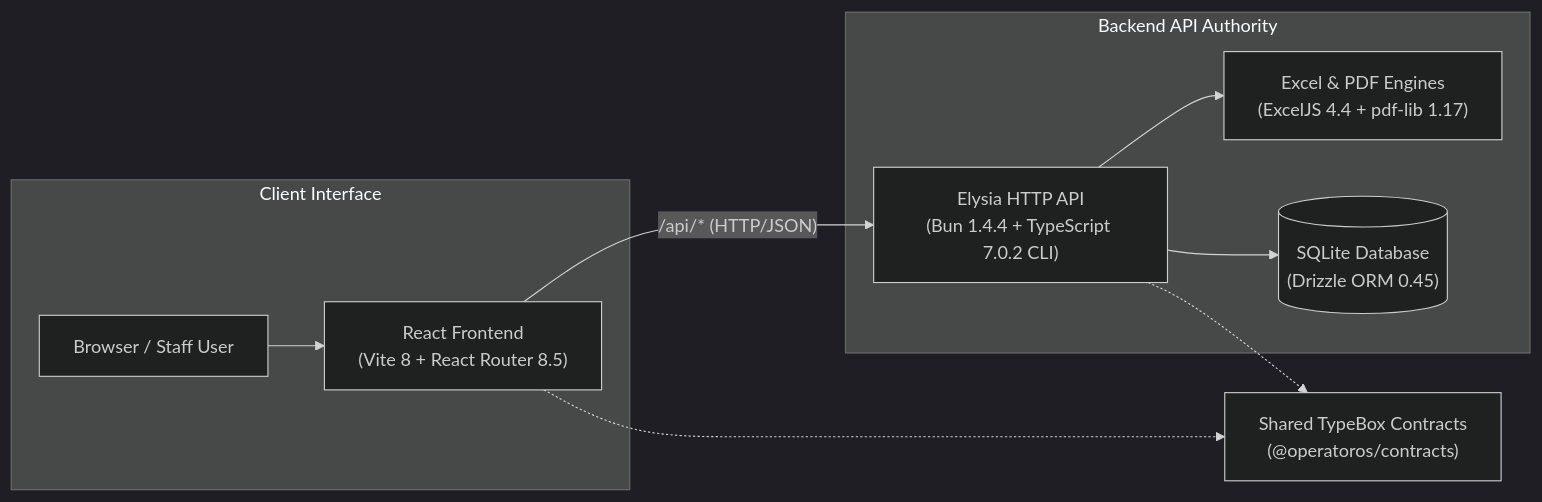
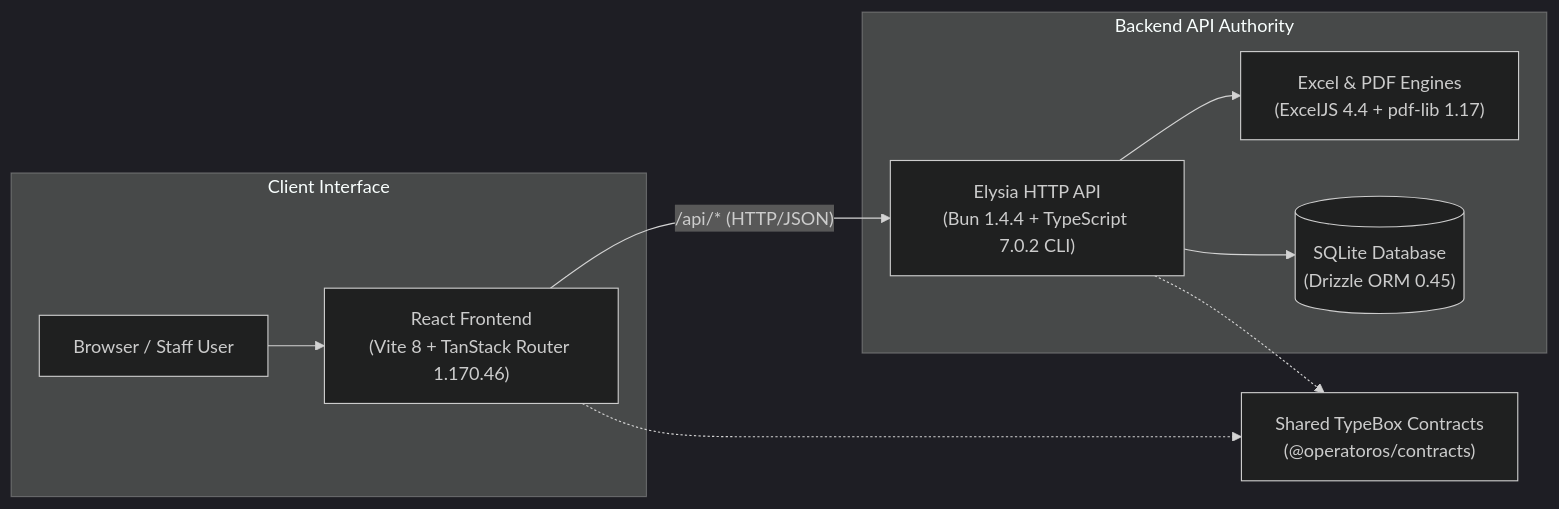
The first of 3 diagrams in README.md (daoistmadness/operatoros), drawn with Mermaid (dark theme) before and after one commit. The commit also changed other lines of this file and 120 other files, not shown here.

````diff
--- a/README.md
+++ b/README.md
@@ -40,22 +40,22 @@
 ```mermaid
 flowchart LR
   subgraph Client ["Client Interface"]
     Browser["Browser / Staff User"]
-    FE["React Frontend<br/>(Vite 8 + React Router 8.5)"]
+    FE["React Frontend<br/>(Vite 8 + TanStack Router 1.170.46)"]
   end
 
   subgraph Server ["Backend API Authority"]
     API["Elysia HTTP API<br/>(Bun 1.4.4 + TypeScript 7.0.2 CLI)"]
     Excel["Excel & PDF Engines<br/>(ExcelJS 4.4 + pdf-lib 1.17)"]
     DB[("SQLite Database<br/>(Drizzle ORM 0.45)")]
   end
 
   Contracts["Shared TypeBox Contracts<br/>(@operatoros/contracts)"]
 
   Browser --> FE
   FE -->|"/api/* (HTTP/JSON)"| API
   API --> DB
   API --> Excel
   FE -.-> Contracts
   API -.-> Contracts
 ```
````
